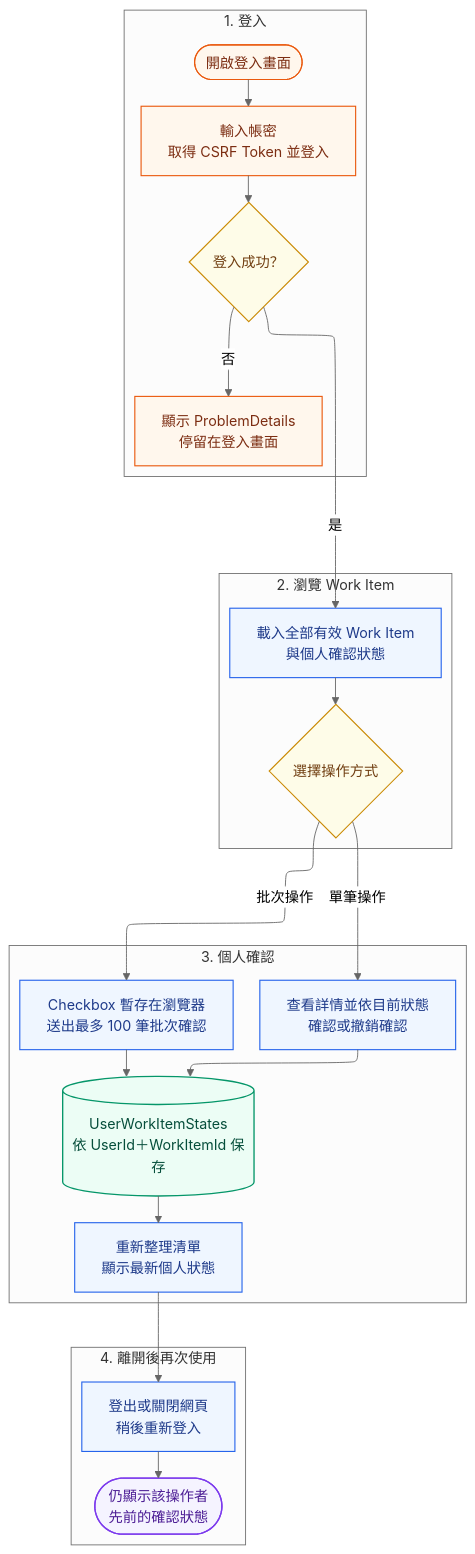
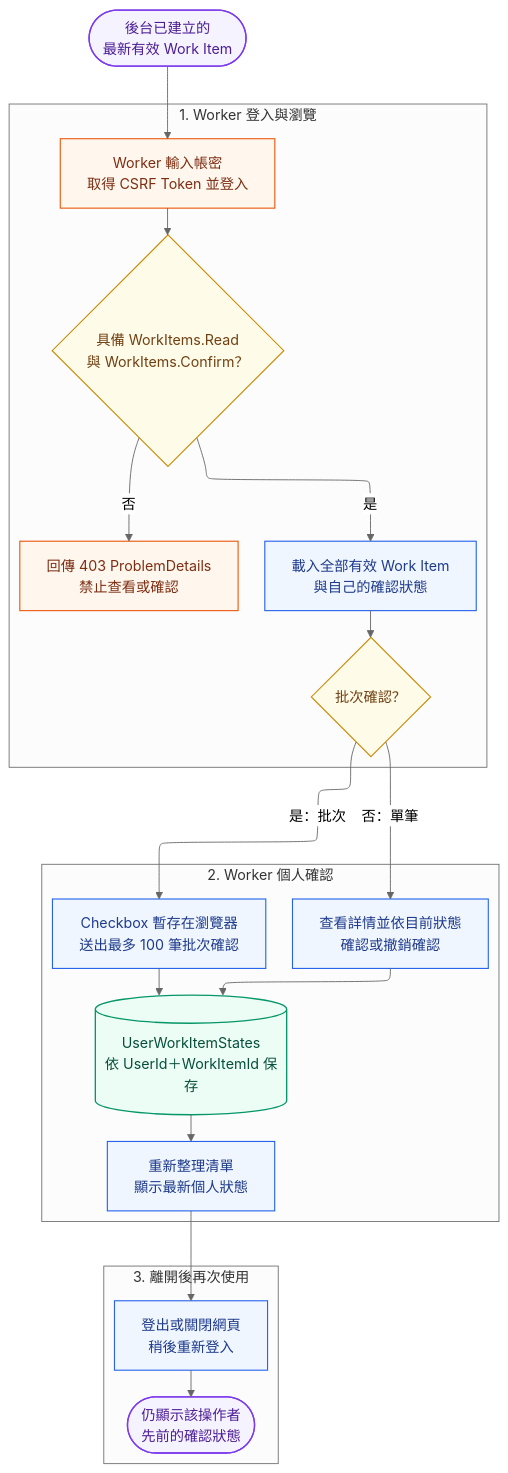
One commit to JJDing-Louis/MyWorkItem_Backend changed the fourth of 4 diagrams in docs/RuntimeWorkflow.md. Above: the diagram before and after it, drawn with Mermaid (neutral theme). The commit also changed other lines of this file, not shown here.

Commit message:
docs: 拆分後台與 Worker 使用流程

````diff
--- a/docs/RuntimeWorkflow.md
+++ b/docs/RuntimeWorkflow.md
@@ -58,58 +144,54 @@
 ```mermaid
 %%{init: {"flowchart": {"defaultRenderer": "elk", "nodeSpacing": 55, "rankSpacing": 80}}}%%
 flowchart TD
-    subgraph signIn["1. 登入"]
+    availableItems(["後台已建立的<br/>最新有效 Work Item"])
+
+    subgraph workerBrowse["1. Worker 登入與瀏覽"]
         direction TD
-        openLogin(["開啟登入畫面"])
-        submitLogin["輸入帳密<br/>取得 CSRF Token 並登入"]
-        loginResult{"登入成功？"}
-        loginFailed["顯示 ProblemDetails<br/>停留在登入畫面"]
+        workerLogin["Worker 輸入帳密<br/>取得 CSRF Token 並登入"]
+        readPermission{"具備 WorkItems.Read<br/>與 WorkItems.Confirm？"}
+        workerForbidden["回傳 403 ProblemDetails<br/>禁止查看或確認"]
+        loadItems["載入全部有效 Work Item<br/>與自己的確認狀態"]
+        chooseAction{"批次確認？"}
 
-        openLogin --> submitLogin --> loginResult
-        loginResult -->|"否"| loginFailed
+        workerLogin --> readPermission
+        readPermission -->|"是"| loadItems --> chooseAction
+        readPermission -->|"否"| workerForbidden
     end
 
-    subgraph browse["2. 瀏覽 Work Item"]
-        direction TD
-        loadItems["載入全部有效 Work Item<br/>與個人確認狀態"]
-        chooseAction{"選擇操作方式"}
-
-        loadItems --> chooseAction
-    end
-
-    subgraph confirmation["3. 個人確認"]
+    subgraph confirmation["2. Worker 個人確認"]
         direction TD
         singleFlow["查看詳情並依目前狀態<br/>確認或撤銷確認"]
         batchFlow["Checkbox 暫存在瀏覽器<br/>送出最多 100 筆批次確認"]
         persisted[("UserWorkItemStates<br/>依 UserId＋WorkItemId 保存")]
         refreshed["重新整理清單<br/>顯示最新個人狀態"]
 
         singleFlow --> persisted
         batchFlow --> persisted
         persisted --> refreshed
     end
 
-    subgraph revisit["4. 離開後再次使用"]
+    subgraph revisit["3. 離開後再次使用"]
         direction TD
         leave["登出或關閉網頁<br/>稍後重新登入"]
         retained(["仍顯示該操作者<br/>先前的確認狀態"])
 
         leave --> retained
     end
 
-    loginResult -->|"是"| loadItems
-    chooseAction -->|"單筆操作"| singleFlow
-    chooseAction -->|"批次操作"| batchFlow
+    availableItems --> workerLogin
+    chooseAction -->|"否：單筆"| singleFlow
+    chooseAction -->|"是：批次"| batchFlow
     refreshed --> leave
 
     classDef interaction fill:#EFF6FF,stroke:#2563EB,color:#1E3A8A,stroke-width:1.25px;
     classDef security fill:#FFF7ED,stroke:#EA580C,color:#7C2D12,stroke-width:1.25px;
     classDef decision fill:#FEFCE8,stroke:#CA8A04,color:#713F12,stroke-width:1.25px;
     classDef storage fill:#ECFDF5,stroke:#059669,color:#064E3B,stroke-width:1.5px;
     classDef outcome fill:#F5F3FF,stroke:#7C3AED,color:#4C1D95,stroke-width:1.5px;
-    class openLogin,submitLogin,loginFailed security;
+    class workerLogin,workerForbidden security;
     class loadItems,singleFlow,batchFlow,refreshed,leave interaction;
-    class loginResult,chooseAction decision;
+    class readPermission,chooseAction decision;
     class persisted storage;
-    class retained outcome;
+    class availableItems,retained outcome;
 ```
````
